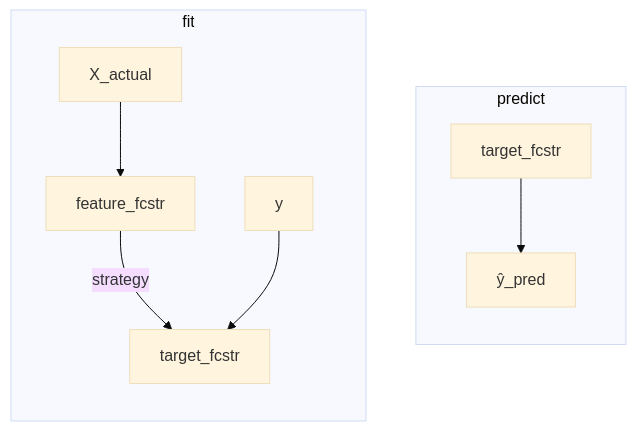
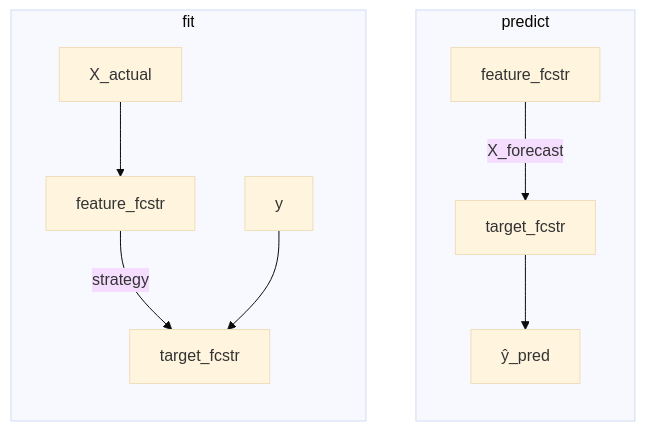
One commit to stateful-y/yohou changed the diagram in docs/pages/explanation/forecaster-composition.md. Above: the diagram before and after it, drawn with Mermaid (base theme). The commit also changed other lines of this file and 10 other files, not shown here.

````diff
--- a/docs/pages/explanation/forecaster-composition.md
+++ b/docs/pages/explanation/forecaster-composition.md
@@ -115,16 +118,17 @@
 ```mermaid
 graph LR
   subgraph fit
     direction TB
     A["X_actual"] --> B["feature_fcstr"]
     B -->|strategy| C["target_fcstr"]
     D["y"] --> C
   end
 
   subgraph predict
     direction TB
-    E["target_fcstr"] --> F["ŷ_pred"]
+    E["feature_fcstr"] -->|X_forecast| G["target_fcstr"]
+    G --> F["ŷ_pred"]
   end
 
   fit ~~~ predict
 ```
````
